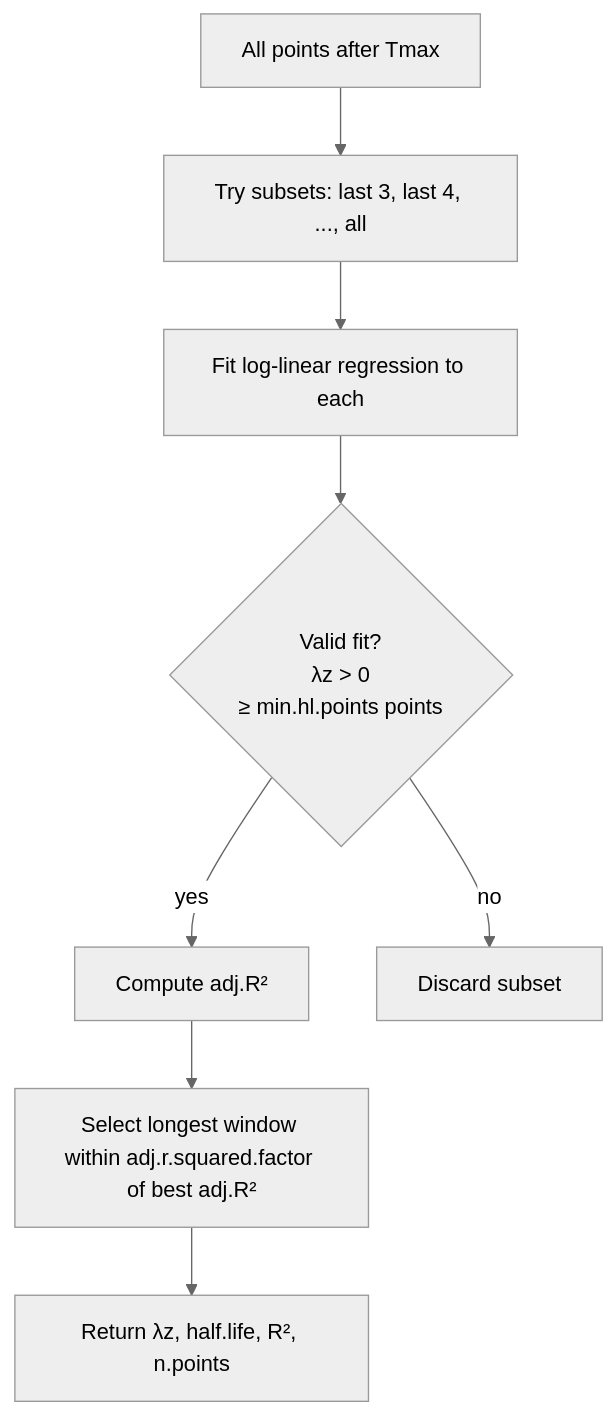
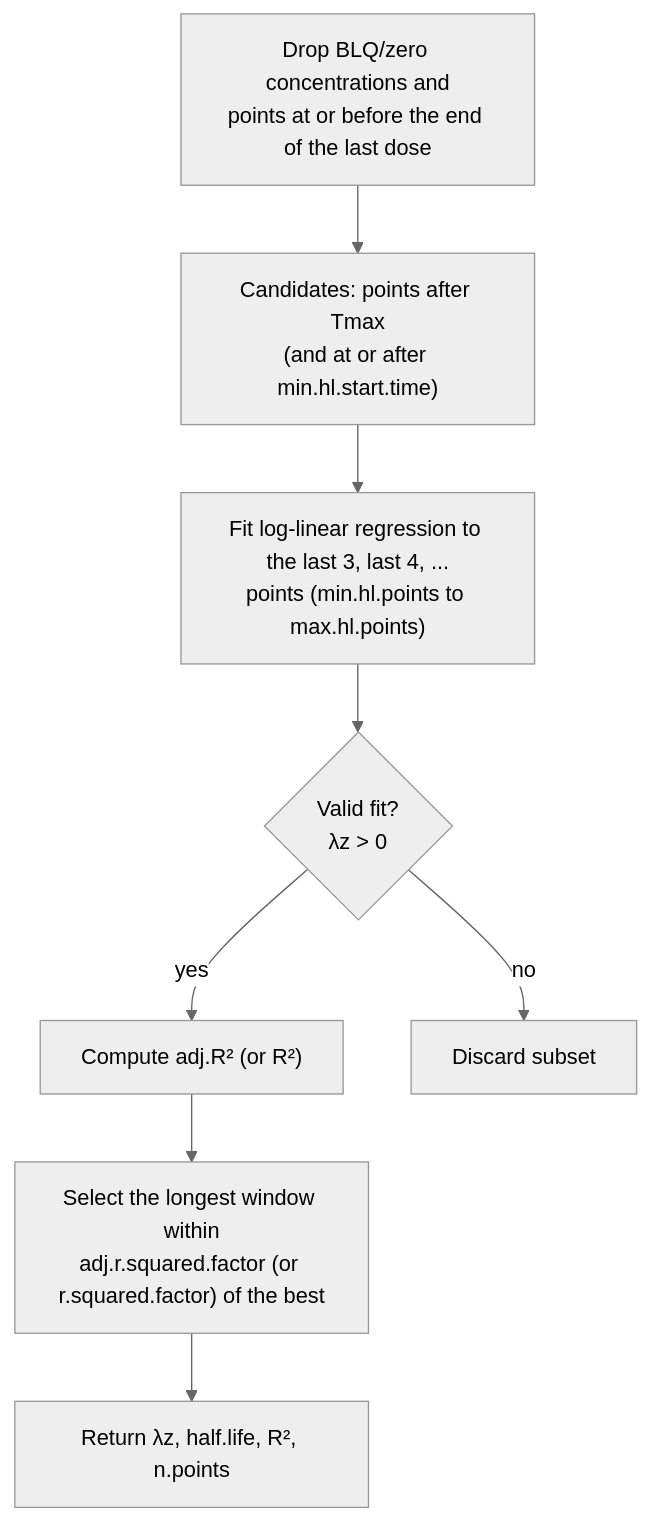
One commit to humanpred/pknca-book changed the diagram in user/halflife.qmd. Above: the diagram before and after it, drawn with Mermaid (neutral theme). The commit also changed other lines of this file and 7 other files, not shown here.

````diff
--- a/user/halflife.qmd
+++ b/user/halflife.qmd
@@ -31,10 +33,10 @@
 ```{mermaid}
 flowchart TD
-    A["All points after Tmax"] --> B["Try subsets: last 3, last 4, ..., all"]
-    B --> C["Fit log-linear regression to each"]
-    C --> D{"Valid fit?<br/>λz > 0<br/>≥ min.hl.points points"}
-    D -- yes --> E["Compute adj.R²"]
+    A["Drop BLQ/zero concentrations and<br/>points at or before the end of the last dose"] --> B["Candidates: points after Tmax<br/>(and at or after min.hl.start.time)"]
+    B --> C["Fit log-linear regression to the last 3, last 4, ...<br/>points (min.hl.points to max.hl.points)"]
+    C --> D{"Valid fit?<br/>λz > 0"}
+    D -- yes --> E["Compute adj.R² (or R²)"]
     D -- no --> F["Discard subset"]
-    E --> G["Select longest window within adj.r.squared.factor of best adj.R²"]
+    E --> G["Select the longest window within<br/>adj.r.squared.factor (or r.squared.factor) of the best"]
     G --> H["Return λz, half.life, R², n.points"]
 ```
````
